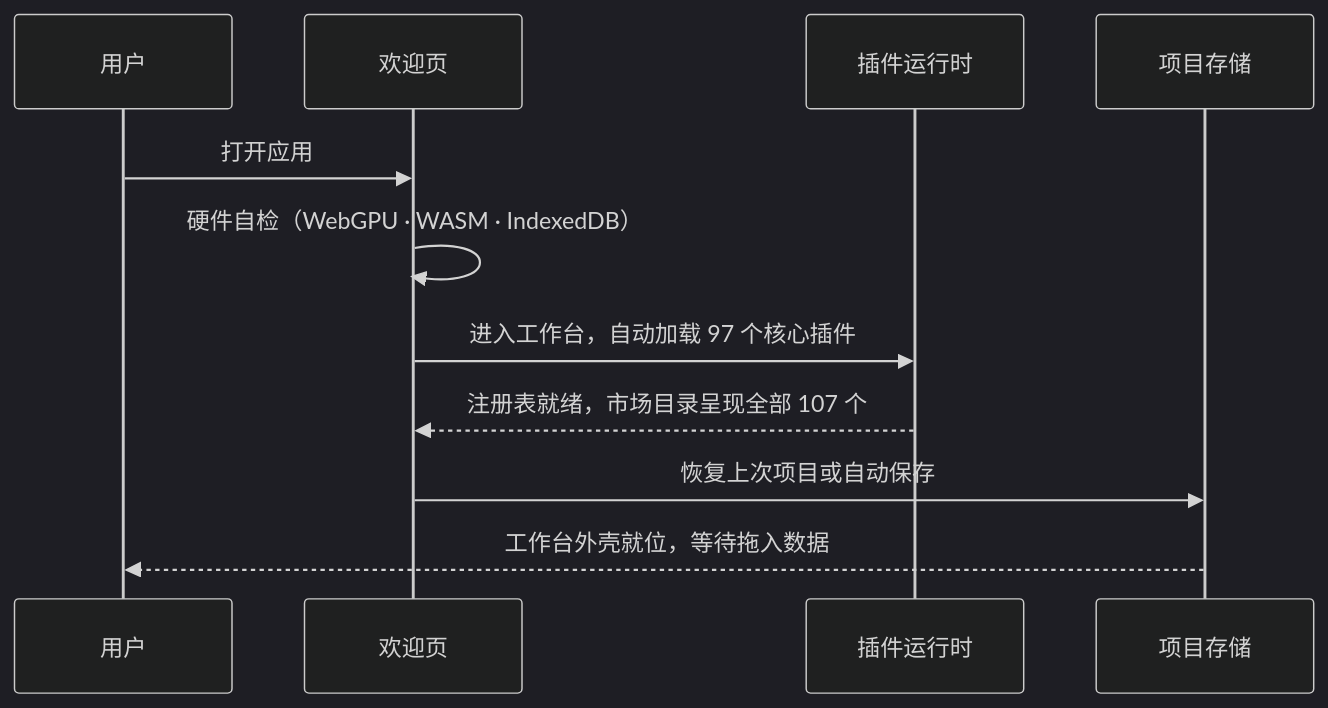
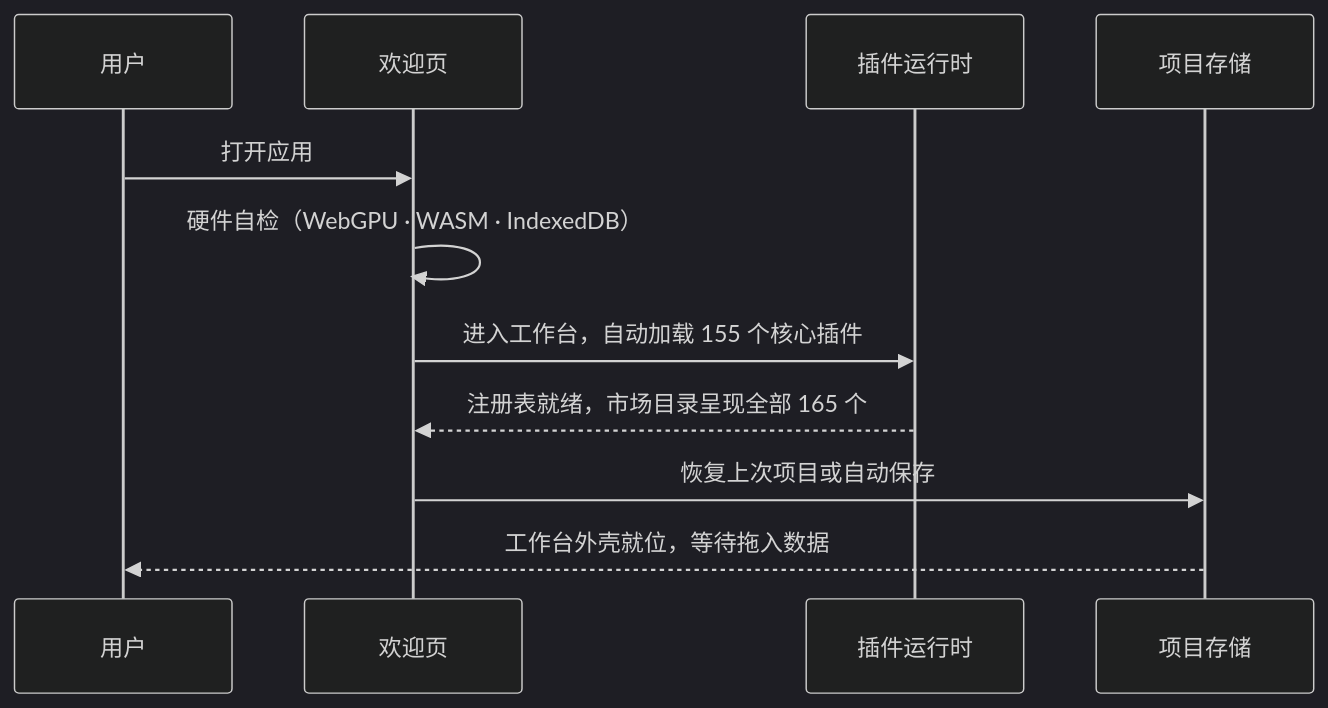
One commit to SnowLeopard-io/ErgalicsStudio changed the second of 3 diagrams in docs/technical/02-系统架构.md. Above: the diagram before and after it, drawn with Mermaid (dark theme). The commit also changed other lines of this file and 44 other files, not shown here.

````diff
--- a/docs/technical/02-系统架构.md
+++ b/docs/technical/02-系统架构.md
@@ -103,13 +104,13 @@
 ```mermaid
 sequenceDiagram
     participant U as 用户
     participant W as 欢迎页
     participant P as 插件运行时
     participant S as 项目存储
     U->>W: 打开应用
     W->>W: 硬件自检（WebGPU · WASM · IndexedDB）
-    W->>P: 进入工作台，自动加载 97 个核心插件
-    P-->>W: 注册表就绪，市场目录呈现全部 107 个
+    W->>P: 进入工作台，自动加载 155 个核心插件
+    P-->>W: 注册表就绪，市场目录呈现全部 165 个
     W->>S: 恢复上次项目或自动保存
     S-->>U: 工作台外壳就位，等待拖入数据
 ```
````
